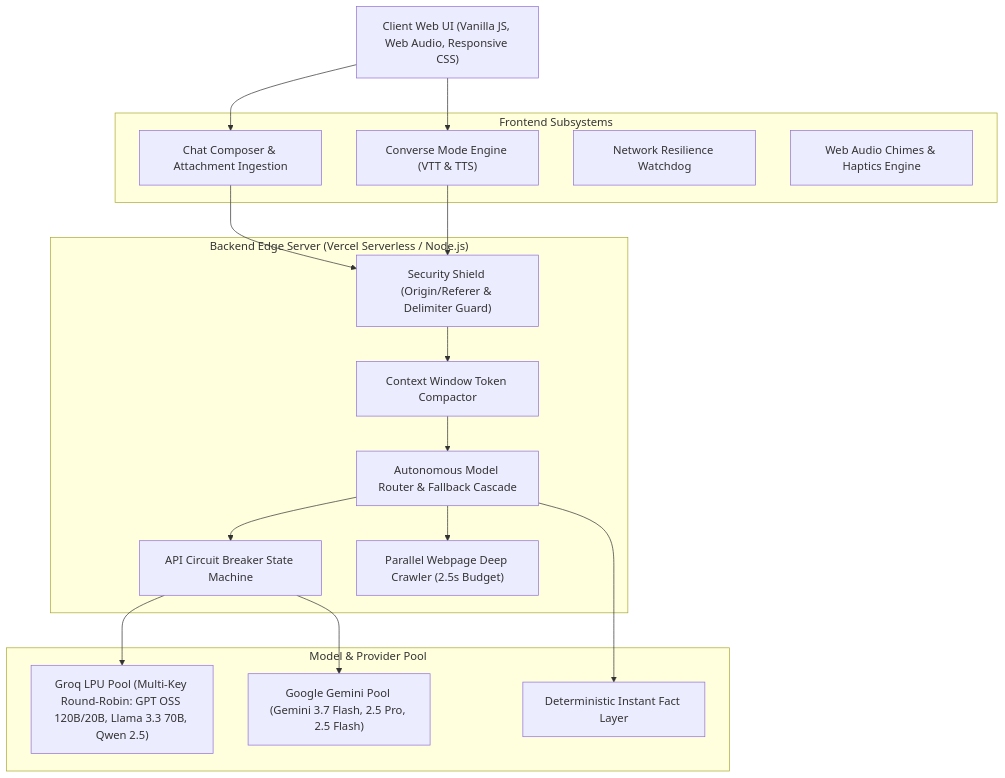
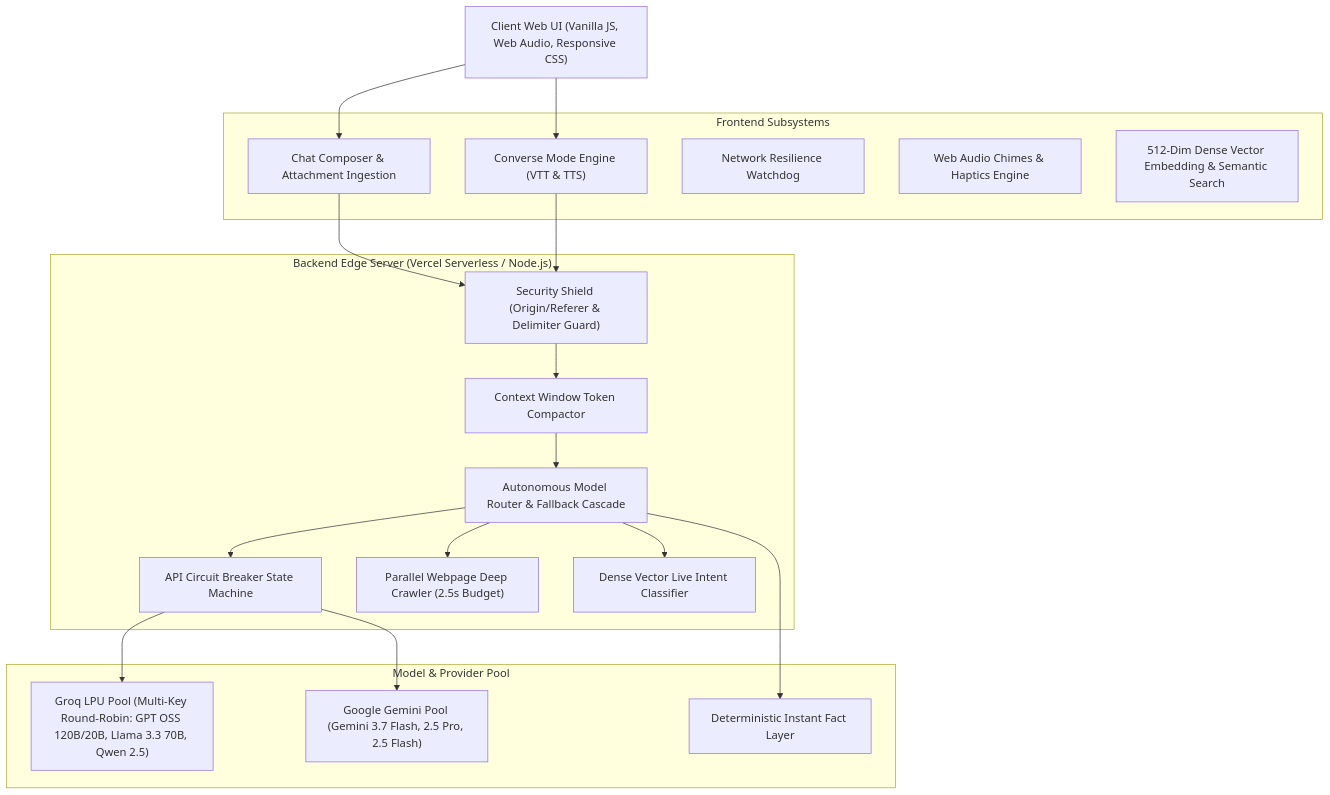
One commit to PrithvirajuVenkataraman/JARVIS changed the first of 5 diagrams in SYSTEM_DESIGN.md. Above: the diagram before and after it, drawn with Mermaid. The commit also changed other lines of this file, not shown here.

````diff
--- a/SYSTEM_DESIGN.md
+++ b/SYSTEM_DESIGN.md
@@ -9,37 +9,40 @@
 ```mermaid
 graph TD
     Client["Client Web UI (Vanilla JS, Web Audio, Responsive CSS)"]
     
     subgraph Frontend["Frontend Subsystems"]
         ChatComposer["Chat Composer & Attachment Ingestion"]
         ConverseController["Converse Mode Engine (VTT & TTS)"]
         OfflineWatchdog["Network Resilience Watchdog"]
         AudioHaptics["Web Audio Chimes & Haptics Engine"]
+        VectorEngine["512-Dim Dense Vector Embedding & Semantic Search"]
     end
 
     subgraph Backend["Backend Edge Server (Vercel Serverless / Node.js)"]
         SecurityShield["Security Shield (Origin/Referer & Delimiter Guard)"]
         ContextCompactor["Context Window Token Compactor"]
         IntentRouter["Autonomous Model Router & Fallback Cascade"]
         CircuitBreaker["API Circuit Breaker State Machine"]
         DeepCrawler["Parallel Webpage Deep Crawler (2.5s Budget)"]
+        LiveClassifier["Dense Vector Live Intent Classifier"]
     end
 
     subgraph Models["Model & Provider Pool"]
         GroqPool["Groq LPU Pool (Multi-Key Round-Robin: GPT OSS 120B/20B, Llama 3.3 70B, Qwen 2.5)"]
         GeminiPool["Google Gemini Pool (Gemini 3.7 Flash, 2.5 Pro, 2.5 Flash)"]
         DeterministicFacts["Deterministic Instant Fact Layer"]
     end
 
     Client --> ChatComposer
     Client --> ConverseController
     ChatComposer --> SecurityShield
     ConverseController --> SecurityShield
     SecurityShield --> ContextCompactor
     ContextCompactor --> IntentRouter
     IntentRouter --> CircuitBreaker
     IntentRouter --> DeepCrawler
+    IntentRouter --> LiveClassifier
     CircuitBreaker --> GroqPool
     CircuitBreaker --> GeminiPool
     IntentRouter --> DeterministicFacts
 ```
````
